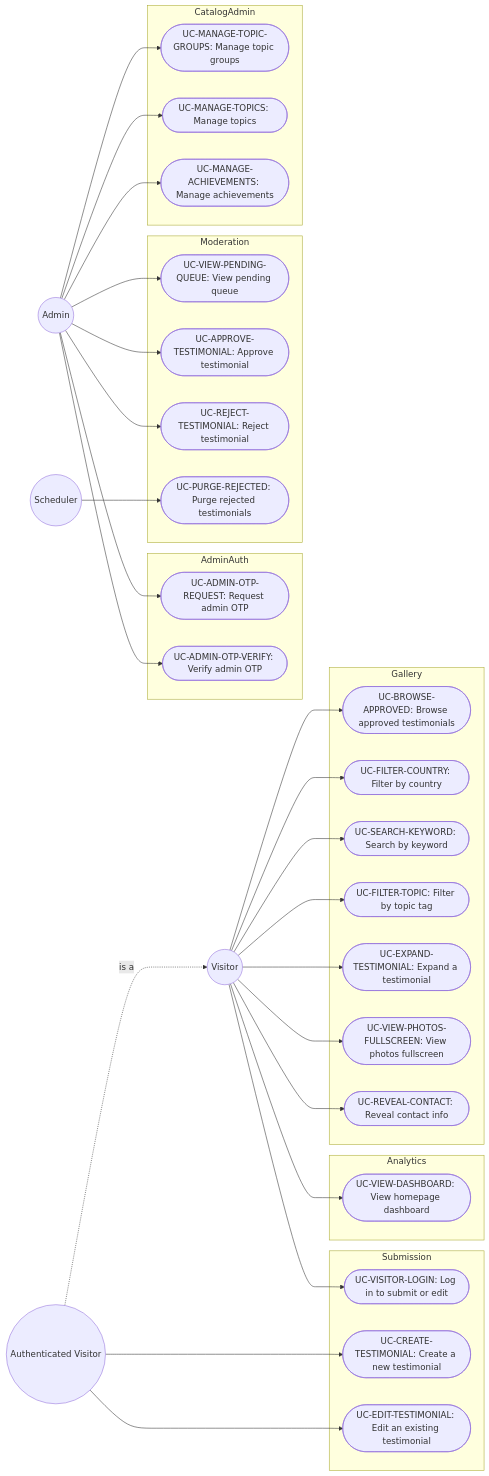
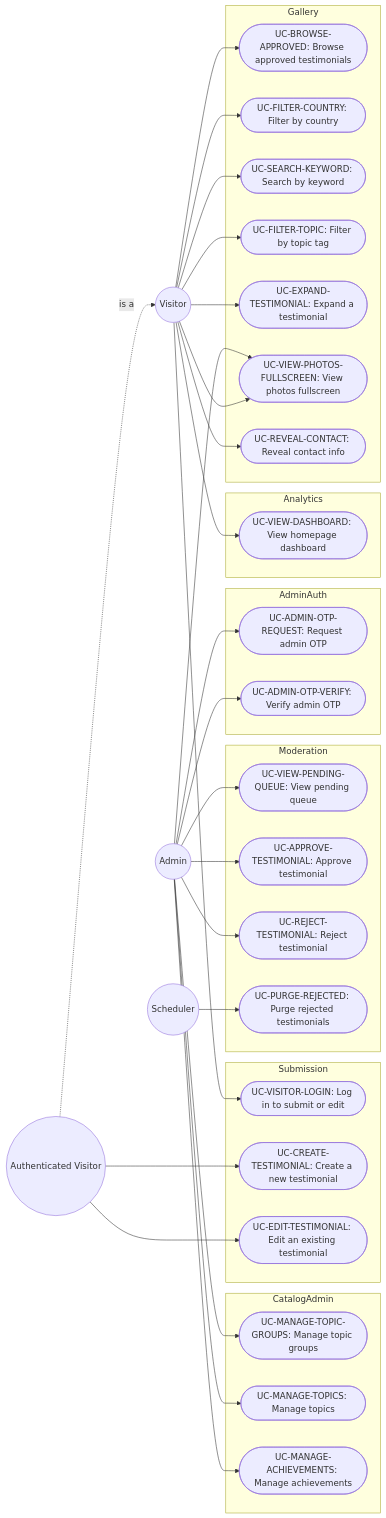
The diagram in docs/use-cases.md (Ten-Do/IITM-BEACON), drawn with Mermaid before and after one commit. The commit also changed other lines of this file and 249 other files, not shown here.

````diff
--- a/docs/use-cases.md
+++ b/docs/use-cases.md
@@ -1,70 +1,71 @@
 ```mermaid
 flowchart LR
     Visitor((Visitor))
     AuthVisitor((Authenticated Visitor))
     Admin((Admin))
     Scheduler((Scheduler))
 
     subgraph Gallery
         UCBrowseApproved([UC-BROWSE-APPROVED: Browse approved testimonials])
         UCFilterCountry([UC-FILTER-COUNTRY: Filter by country])
         UCSearchKeyword([UC-SEARCH-KEYWORD: Search by keyword])
         UCFilterTopic([UC-FILTER-TOPIC: Filter by topic tag])
         UCExpandTestimonial([UC-EXPAND-TESTIMONIAL: Expand a testimonial])
         UCViewPhotosFullscreen([UC-VIEW-PHOTOS-FULLSCREEN: View photos fullscreen])
         UCRevealContact([UC-REVEAL-CONTACT: Reveal contact info])
     end
 
     subgraph Submission
         UCVisitorLogin([UC-VISITOR-LOGIN: Log in to submit or edit])
         UCCreateTestimonial([UC-CREATE-TESTIMONIAL: Create a new testimonial])
         UCEditTestimonial([UC-EDIT-TESTIMONIAL: Edit an existing testimonial])
     end
 
     subgraph AdminAuth
         UCAdminOtpRequest([UC-ADMIN-OTP-REQUEST: Request admin OTP])
         UCAdminOtpVerify([UC-ADMIN-OTP-VERIFY: Verify admin OTP])
     end
 
     subgraph Moderation
         UCViewPendingQueue([UC-VIEW-PENDING-QUEUE: View pending queue])
         UCApproveTestimonial([UC-APPROVE-TESTIMONIAL: Approve testimonial])
         UCRejectTestimonial([UC-REJECT-TESTIMONIAL: Reject testimonial])
         UCPurgeRejected([UC-PURGE-REJECTED: Purge rejected testimonials])
     end
 
     subgraph CatalogAdmin
         UCManageTopicGroups([UC-MANAGE-TOPIC-GROUPS: Manage topic groups])
         UCManageTopics([UC-MANAGE-TOPICS: Manage topics])
         UCManageAchievements([UC-MANAGE-ACHIEVEMENTS: Manage achievements])
     end
 
     subgraph Analytics
         UCViewDashboard([UC-VIEW-DASHBOARD: View homepage dashboard])
     end
 
     Visitor --> UCBrowseApproved
     Visitor --> UCFilterCountry
     Visitor --> UCSearchKeyword
     Visitor --> UCFilterTopic
     Visitor --> UCExpandTestimonial
     Visitor --> UCViewPhotosFullscreen
     Visitor --> UCRevealContact
     Visitor --> UCVisitorLogin
     Visitor --> UCViewDashboard
 
     AuthVisitor -. is a .-> Visitor
     AuthVisitor --> UCCreateTestimonial
     AuthVisitor --> UCEditTestimonial
 
     Admin --> UCAdminOtpRequest
     Admin --> UCAdminOtpVerify
     Admin --> UCViewPendingQueue
+    Admin --> UCViewPhotosFullscreen
     Admin --> UCApproveTestimonial
     Admin --> UCRejectTestimonial
     Admin --> UCManageTopicGroups
     Admin --> UCManageTopics
     Admin --> UCManageAchievements
 
     Scheduler --> UCPurgeRejected
 ```
````
